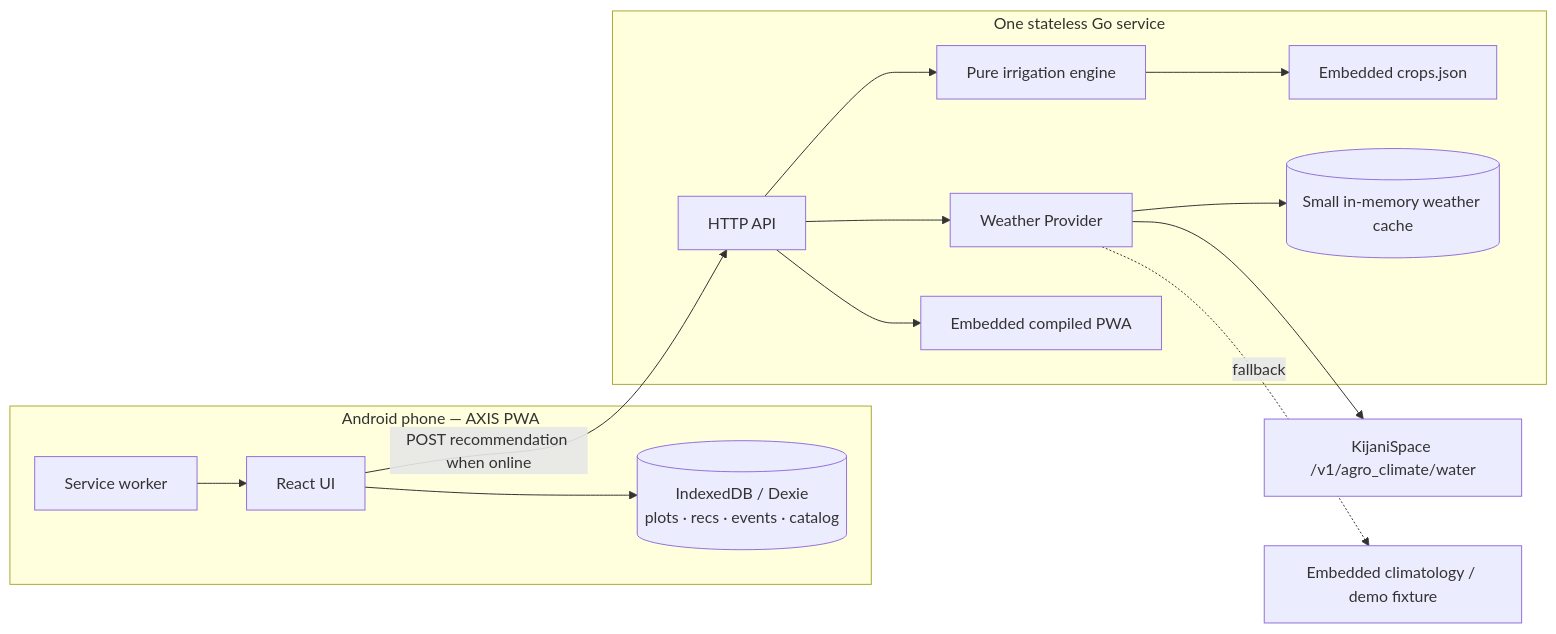
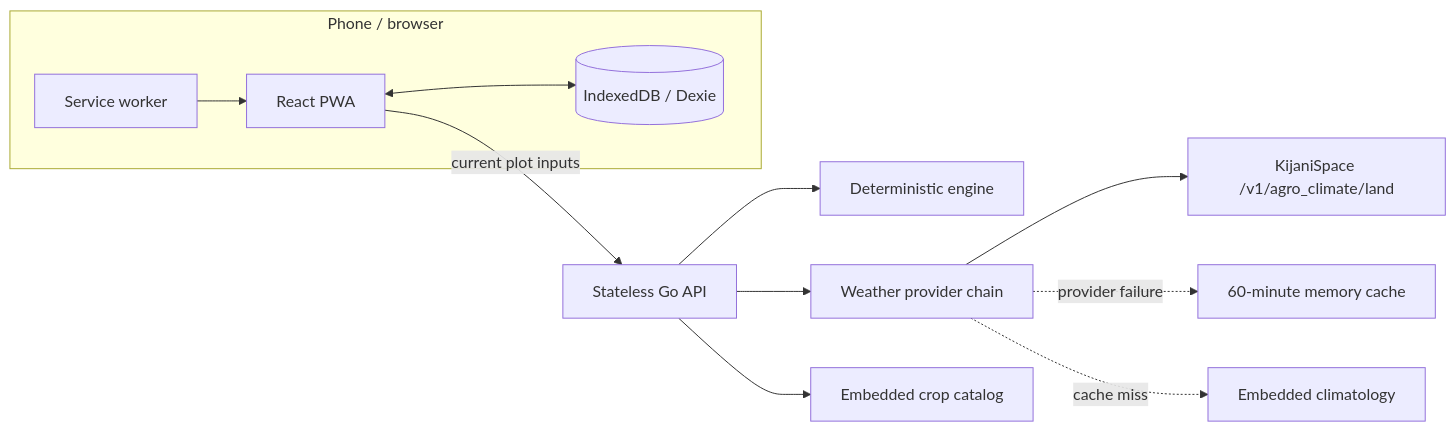
One commit to carsonak/AXIS changed the diagram in 00-BIRDS-EYE.md. Above: the diagram before and after it, drawn with Mermaid. The commit also changed other lines of this file and 14 other files, not shown here.

````diff
--- a/00-BIRDS-EYE.md
+++ b/00-BIRDS-EYE.md
@@ -29,29 +26,18 @@
 ```mermaid
 flowchart LR
-  subgraph Phone[Android phone — AXIS PWA]
-    UI[React UI]
-    DB[(IndexedDB / Dexie\nplots · recs · events · catalog)]
+  subgraph Device[Phone / browser]
+    UI[React PWA]
+    DB[(IndexedDB / Dexie)]
     SW[Service worker]
-    UI --> DB
+    UI <--> DB
     SW --> UI
   end
 
-  UI -->|POST recommendation when online| API
-
-  subgraph Server[One stateless Go service]
-    API[HTTP API]
-    ENG[Pure irrigation engine]
-    CAT[Embedded crops.json]
-    WX[Weather Provider]
-    MEM[(Small in-memory weather cache)]
-    STATIC[Embedded compiled PWA]
-    API --> ENG
-    ENG --> CAT
-    API --> WX
-    WX --> MEM
-    API --> STATIC
-  end
-
-  WX --> KJ[KijaniSpace /v1/agro_climate/water]
-  WX -. fallback .-> CLIM[Embedded climatology / demo fixture]
+  UI -->|current plot inputs| API[Stateless Go API]
+  API --> ENG[Deterministic engine]
+  API --> WX[Weather provider chain]
+  WX --> KJ[KijaniSpace /v1/agro_climate/land]
+  WX -. provider failure .-> MEM[60-minute memory cache]
+  WX -. cache miss .-> CLIM[Embedded climatology]
+  API --> CAT[Embedded crop catalog]
 ```
````
